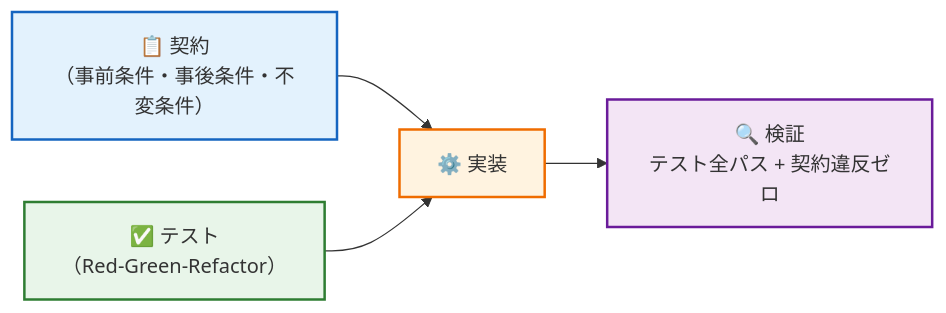
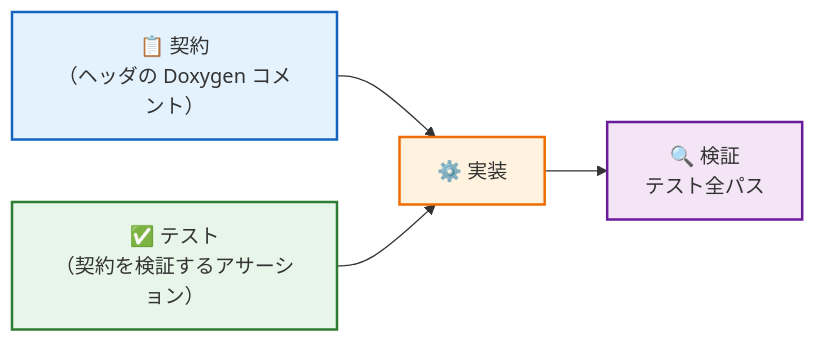
One commit to MeuNari0621/TeachingEmbC changed the first of 3 diagrams in docs/md/16_implementation.md. Above: the diagram before and after it, drawn with Mermaid. The commit also changed other lines of this file and 7 other files, not shown here.

First line of the commit message:
refactor: move Design by Contract from production code to test code

````diff
--- a/docs/md/16_implementation.md
+++ b/docs/md/16_implementation.md
@@ -7,11 +7,11 @@
 ```mermaid
 graph LR
-    CONTRACT["📋 契約\n（事前条件・事後条件・不変条件）"] --> IMPL["⚙️ 実装"]
-    TEST["✅ テスト\n（Red-Green-Refactor）"] --> IMPL
-    IMPL --> VERIFY["🔍 検証\nテスト全パス + 契約違反ゼロ"]
+    CONTRACT["📋 契約\n（ヘッダの Doxygen コメント）"] --> IMPL["⚙️ 実装"]
+    TEST["✅ テスト\n（契約を検証するアサーション）"] --> IMPL
+    IMPL --> VERIFY["🔍 検証\nテスト全パス"]
     
     style CONTRACT fill:#e3f2fd,stroke:#1565c0,stroke-width:2px
     style TEST fill:#e8f5e9,stroke:#2e7d32,stroke-width:2px
     style IMPL fill:#fff3e0,stroke:#ef6c00,stroke-width:2px
     style VERIFY fill:#f3e5f5,stroke:#6a1b9a,stroke-width:2px
 ```
````
